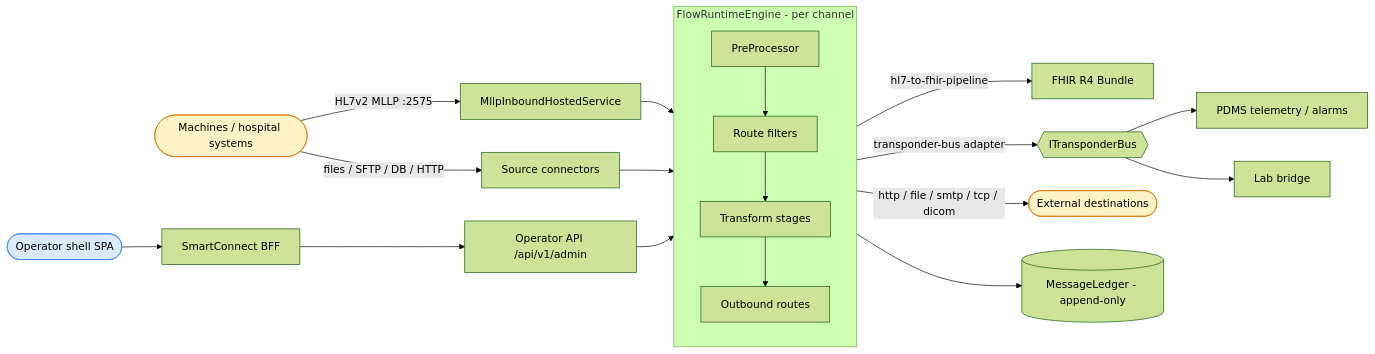
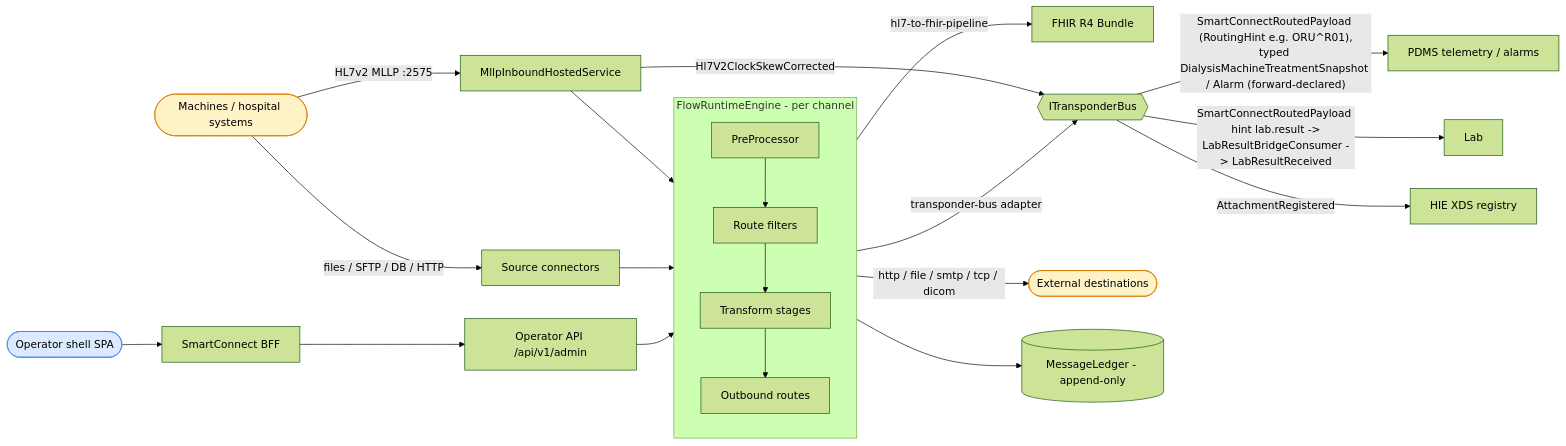
Before and after one commit to Ahmed-Shehzad/Dialysis: the first of 4 diagrams in src/backend/SmartConnect/ARCHITECTURE.md, drawn with Mermaid (forest theme). The commit also changed other lines of this file and 21 other files, not shown here.

First line of the commit message:
docs: full documentation realignment to HEAD + comprehensive diagram suite (#232)

````diff
--- a/src/backend/SmartConnect/ARCHITECTURE.md
+++ b/src/backend/SmartConnect/ARCHITECTURE.md
@@ -15,25 +15,27 @@
 ```mermaid
 flowchart LR
     Sender([Machines / hospital systems]):::ext -->|HL7v2 MLLP :2575| MLLP[MllpInboundHostedService]
     Sender -->|files / SFTP / DB / HTTP| OtherSrc[Source connectors]
     MLLP --> Engine
     OtherSrc --> Engine
 
     subgraph Engine [FlowRuntimeEngine - per channel]
         direction TB
         PRE[PreProcessor] --> FILT[Route filters] --> XF[Transform stages] --> RT[Outbound routes]
     end
 
     XF -->|hl7-to-fhir-pipeline| FHIR[FHIR R4 Bundle]
     RT -->|transponder-bus adapter| Bus{{ITransponderBus}}
     RT -->|http / file / smtp / tcp / dicom| Dest([External destinations]):::ext
     Engine --> Ledger[(MessageLedger - append-only)]
-    Bus --> PDMS[PDMS telemetry / alarms]
-    Bus --> Lab[Lab bridge]
+    Bus -->|"SmartConnectRoutedPayload (RoutingHint e.g. ORU^R01),<br/>typed DialysisMachineTreatmentSnapshot / Alarm (forward-declared)"| PDMS[PDMS telemetry / alarms]
+    Bus -->|"SmartConnectRoutedPayload hint lab.result -><br/>LabResultBridgeConsumer -> LabResultReceived"| Lab[Lab]
+    Bus -->|AttachmentRegistered| HIE[HIE XDS registry]
+    MLLP -->|Hl7V2ClockSkewCorrected| Bus
 
     Op([Operator shell SPA]):::ui --> BFF[SmartConnect BFF] --> Admin[Operator API /api/v1/admin]
     Admin --> Engine
 
     classDef ui fill:#dbeafe,stroke:#3b82f6
     classDef ext fill:#fef3c7,stroke:#d97706
 ```
````
